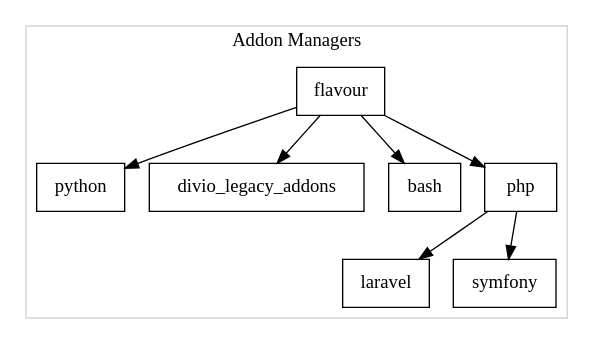
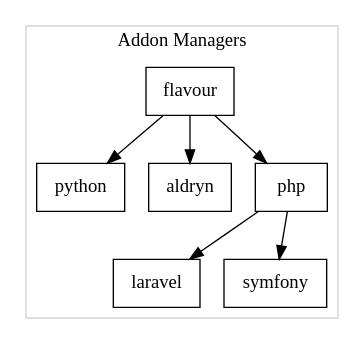
One commit to flavours/documentation changed the diagram in docs/background/index.rst. Above: the diagram before and after it, drawn with Graphviz. The commit also changed other lines of this file, not shown here.

```diff
--- a/docs/background/index.rst
+++ b/docs/background/index.rst
@@ -34,15 +34,14 @@
 .. graphviz::
 
    digraph pipeline {
       node[shape=box];
       subgraph cluster0 {
             color=lightgrey;
             label="Addon Managers";
             flavour->python;
-            flavour->divio_legacy_addons
-            flavour->bash;
+            flavour->aldryn
             flavour->php;
             php->laravel;
             php->symfony;
       }
    }
```
